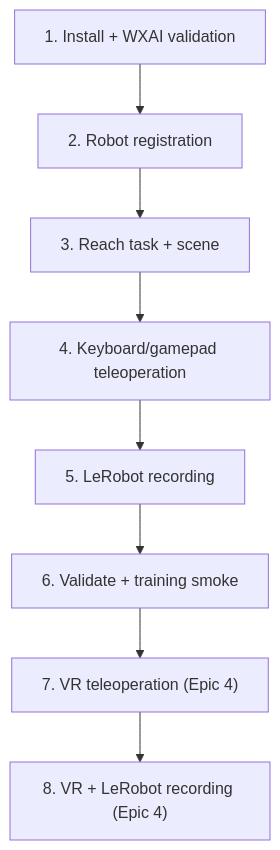
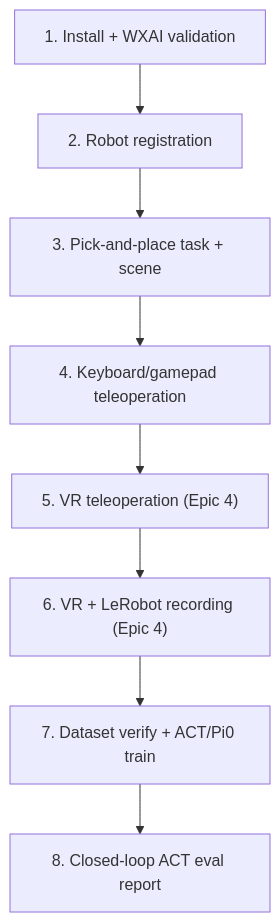
The second of 5 diagrams in docs/EPIC3_SIMULATION_TRAINING_PIPELINE.md (trossenmobileai/trossen_ai_isaac), drawn with Mermaid before and after one commit. The commit also changed other lines of this file and 6 other files, not shown here.

````diff
--- a/docs/EPIC3_SIMULATION_TRAINING_PIPELINE.md
+++ b/docs/EPIC3_SIMULATION_TRAINING_PIPELINE.md
@@ -135,13 +145,12 @@
 ```mermaid
 flowchart TD
   S1["1. Install + WXAI validation"]
   S2["2. Robot registration"]
-  S3["3. Reach task + scene"]
+  S3["3. Pick-and-place task + scene"]
   S4["4. Keyboard/gamepad teleoperation"]
-  S5["5. LeRobot recording"]
-  S6["6. Validate + training smoke"]
-  S7["7. VR teleoperation (Epic 4)"]
-  S8["8. VR + LeRobot recording (Epic 4)"]
-
+  S5["5. VR teleoperation (Epic 4)"]
+  S6["6. VR + LeRobot recording (Epic 4)"]
+  S7["7. Dataset verify + ACT/Pi0 train"]
+  S8["8. Closed-loop ACT eval report"]
   S1 --> S2 --> S3 --> S4 --> S5 --> S6 --> S7 --> S8
 ```
````
